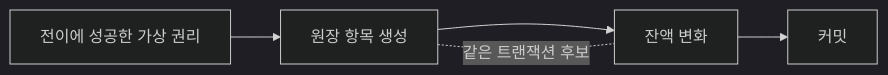
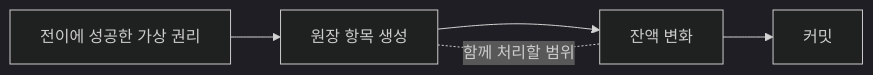
The fifth of 7 diagrams in _posts/2026-03-20-reward-creation-receipt-charge-responsibility.md (jiwon11/jiwon11.github.io), drawn with Mermaid (dark theme) before and after one commit. The commit also changed other lines of this file and 6 other files, not shown here.

```diff
--- a/_posts/2026-03-20-reward-creation-receipt-charge-responsibility.md
+++ b/_posts/2026-03-20-reward-creation-receipt-charge-responsibility.md
@@ -195,7 +195,7 @@
 ~~~mermaid
 flowchart LR
     V["전이에 성공한 가상 권리"] --> L["원장 항목 생성"]
     L --> B["잔액 변화"]
     B --> C["커밋"]
-    L -. "같은 트랜잭션 후보" .- B
+    L -. "함께 처리할 범위" .- B
 ~~~
```
